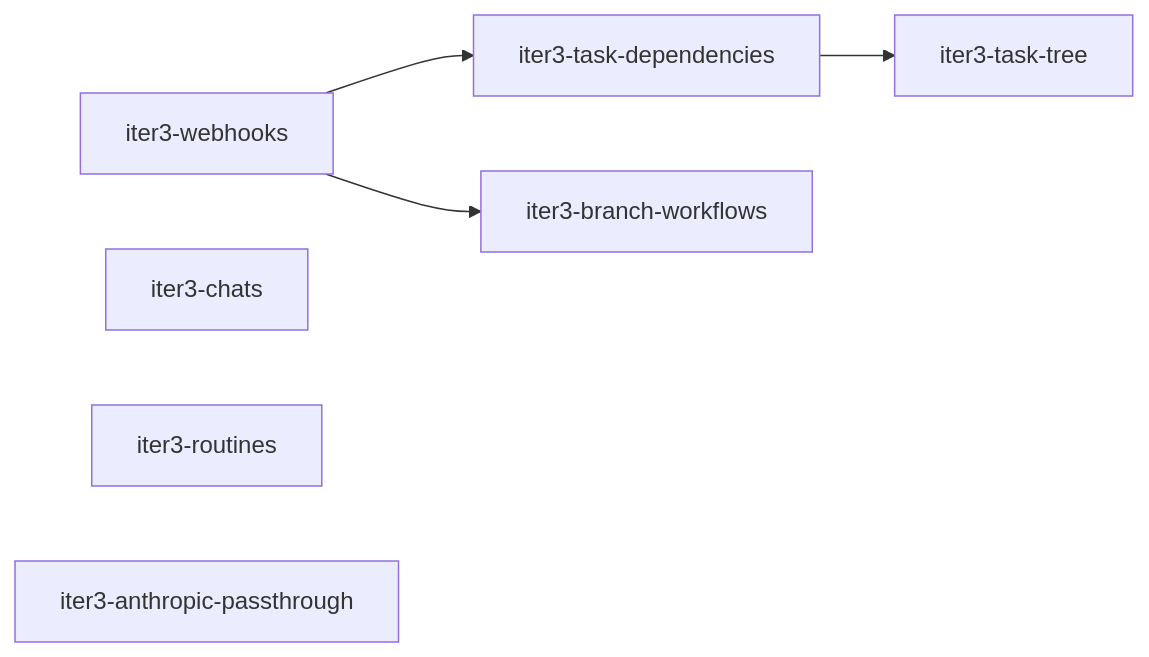
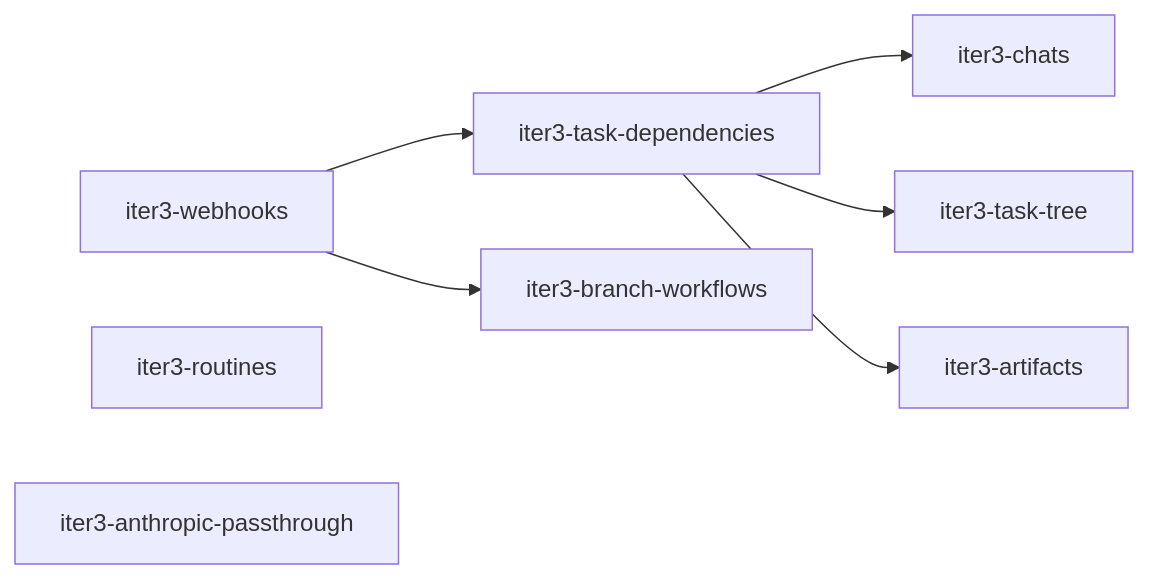
The diagram in product/iterations/iteration-3.md (prskr/dark-factory), drawn with Mermaid before and after one commit. The commit also changed other lines of this file and 14 other files, not shown here.

First line of the commit message:
docs(design): add delegation chain, chats as tasks and task artifacts

````diff
--- a/product/iterations/iteration-3.md
+++ b/product/iterations/iteration-3.md
@@ -32,9 +34,10 @@
 ```mermaid
 flowchart LR
   WH[iter3-webhooks] --> TD[iter3-task-dependencies]
+  TD --> CH[iter3-chats]
   TD --> TT[iter3-task-tree]
+  TD --> AR[iter3-artifacts]
   WH --> BW[iter3-branch-workflows]
-  CH[iter3-chats]
   RO[iter3-routines]
   AP[iter3-anthropic-passthrough]
 ```
````
